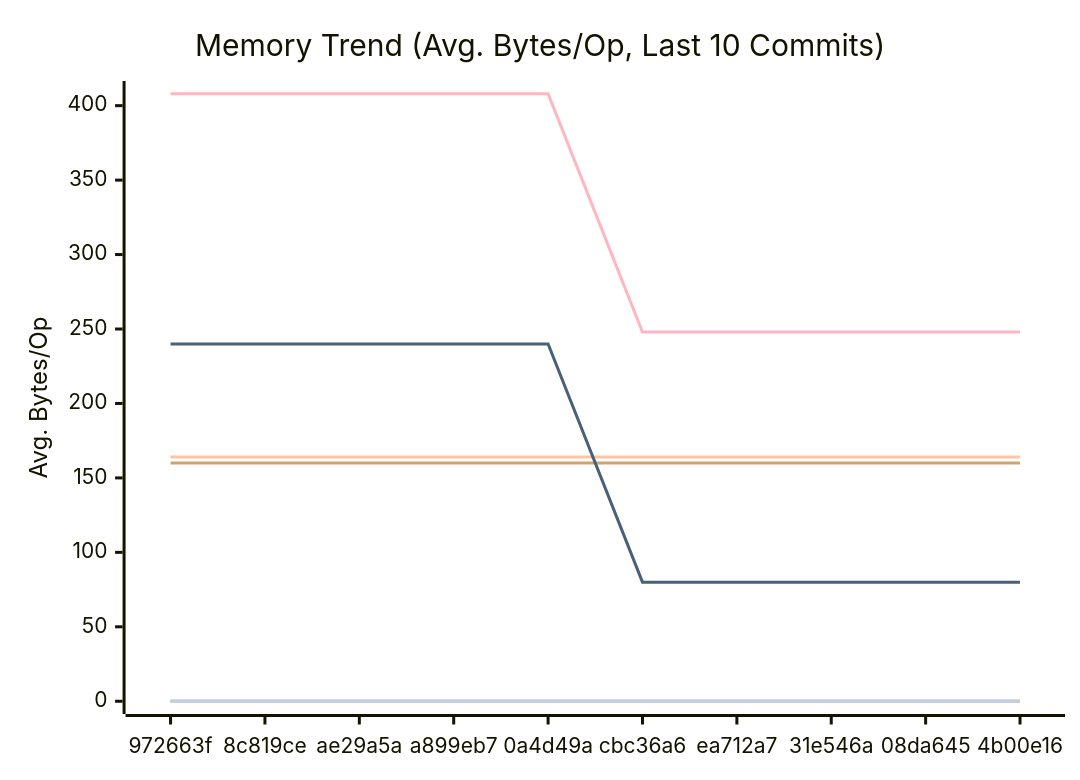
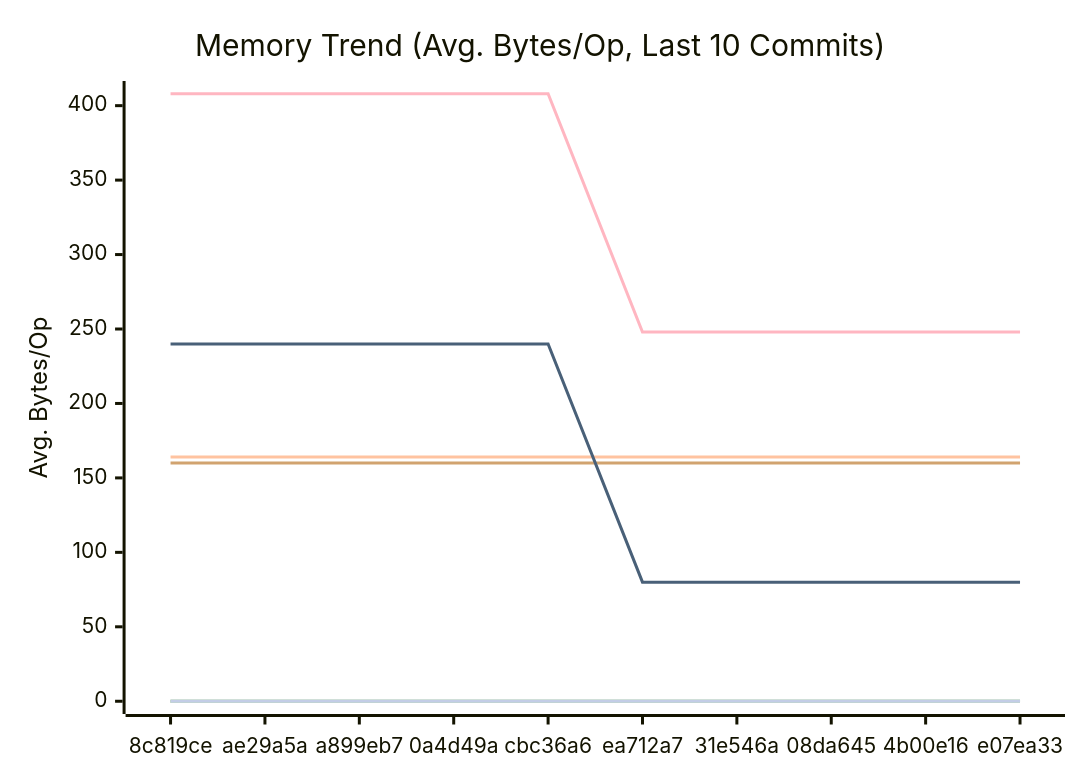
The second of 3 diagrams in docs/PERFORMANCE.md (alsotoes/momo), drawn with Mermaid before and after one commit. The commit also changed other lines of this file and 3 other files, not shown here.

````diff
--- a/docs/PERFORMANCE.md
+++ b/docs/PERFORMANCE.md
@@ -97,16 +97,16 @@
 ```mermaid
 xychart-beta
     title "Memory Trend (Avg. Bytes/Op, Last 10 Commits)"
     x-axis "Commit"
     y-axis "Avg. Bytes/Op"
-    x-axis [972663f,8c819ce,ae29a5a,a899eb7,0a4d49a,cbc36a6,ea712a7,31e546a,08da645,4b00e16]
+    x-axis [8c819ce,ae29a5a,a899eb7,0a4d49a,cbc36a6,ea712a7,31e546a,08da645,4b00e16,e07ea33]
     line "CheckMetricsAndSwap" [0,0,0,0,0,0,0,0,0,0]
     line "CrushOptimized" [0,0,0,0,0,0,0,0,0,0]
     line "CrushOriginal" [164,164,164,164,164,164,164,164,164,164]
     line "IndexDirectTracking" [0,0,0,0,0,0,0,0,0,0]
     line "IndexSearch" [0,0,0,0,0,0,0,0,0,0]
     line "LoadGlobalConfig" [160,160,160,160,160,160,160,160,160,160]
     line "PadString" [0,0,0,0,0,0,0,0,0,0]
     line "ParseReplicationOrder_NoPrealloc" [408,408,408,408,408,248,248,248,248,248]
     line "ParseReplicationOrder_Prealloc" [240,240,240,240,240,80,80,80,80,80]
 ```
````
